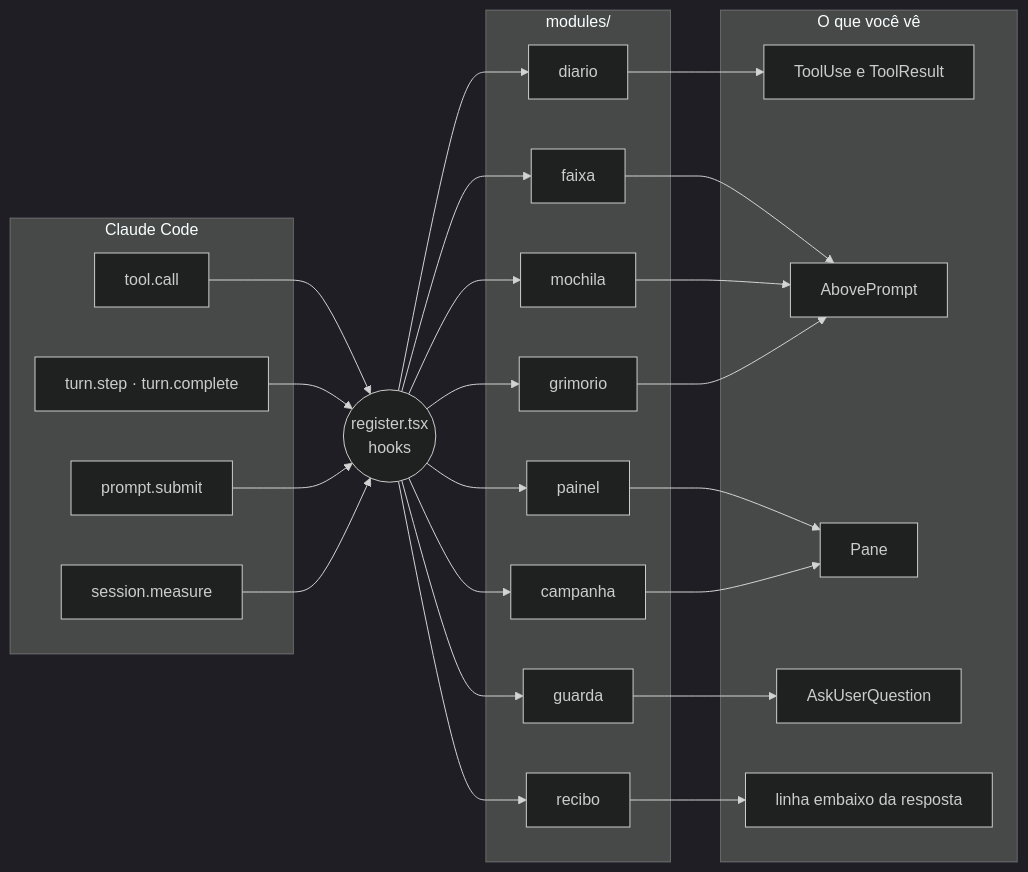
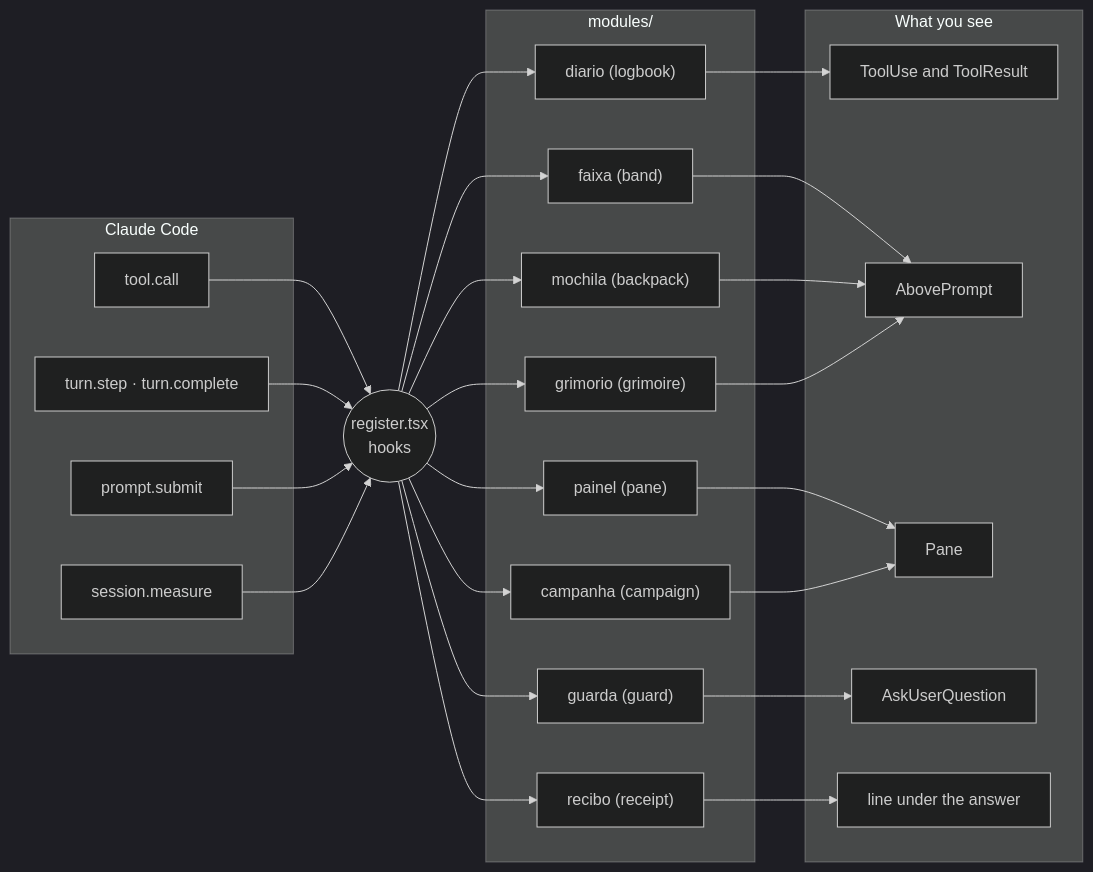
Before and after one commit to soulrocha/Claude-code-hero-journey: the diagram in README.md, drawn with Mermaid (dark theme). The commit also changed other lines of this file and 13 other files, not shown here.

````diff
--- a/README.md
+++ b/README.md
@@ -251,47 +262,47 @@
 ```mermaid
 flowchart LR
-  subgraph Motor["Claude Code"]
+  subgraph Engine["Claude Code"]
     E1["tool.call"]
     E2["turn.step · turn.complete"]
     E3["prompt.submit"]
     E4["session.measure"]
   end
   R(("register.tsx<br/>hooks"))
-  subgraph Modulos["modules/"]
-    D["diario"]
-    F["faixa"]
-    P["painel"]
-    C["campanha"]
-    G["guarda"]
-    M["mochila"]
-    GR["grimorio"]
-    RB["recibo"]
+  subgraph Modules["modules/"]
+    D["diario (logbook)"]
+    F["faixa (band)"]
+    P["painel (pane)"]
+    C["campanha (campaign)"]
+    G["guarda (guard)"]
+    M["mochila (backpack)"]
+    GR["grimorio (grimoire)"]
+    RB["recibo (receipt)"]
   end
-  subgraph Telas["O que você vê"]
-    T1["ToolUse e ToolResult"]
+  subgraph Screens["What you see"]
+    T1["ToolUse and ToolResult"]
     T2["AbovePrompt"]
     T3["Pane"]
     T4["AskUserQuestion"]
-    T5["linha embaixo da resposta"]
+    T5["line under the answer"]
   end
   E1 --> R
   E2 --> R
   E3 --> R
   E4 --> R
   R --> D
   R --> F
   R --> P
   R --> C
   R --> G
   R --> M
   R --> GR
   R --> RB
   D --> T1
   F --> T2
   M --> T2
   GR --> T2
   P --> T3
   C --> T3
   RB --> T5
   G --> T4
 ```
````
